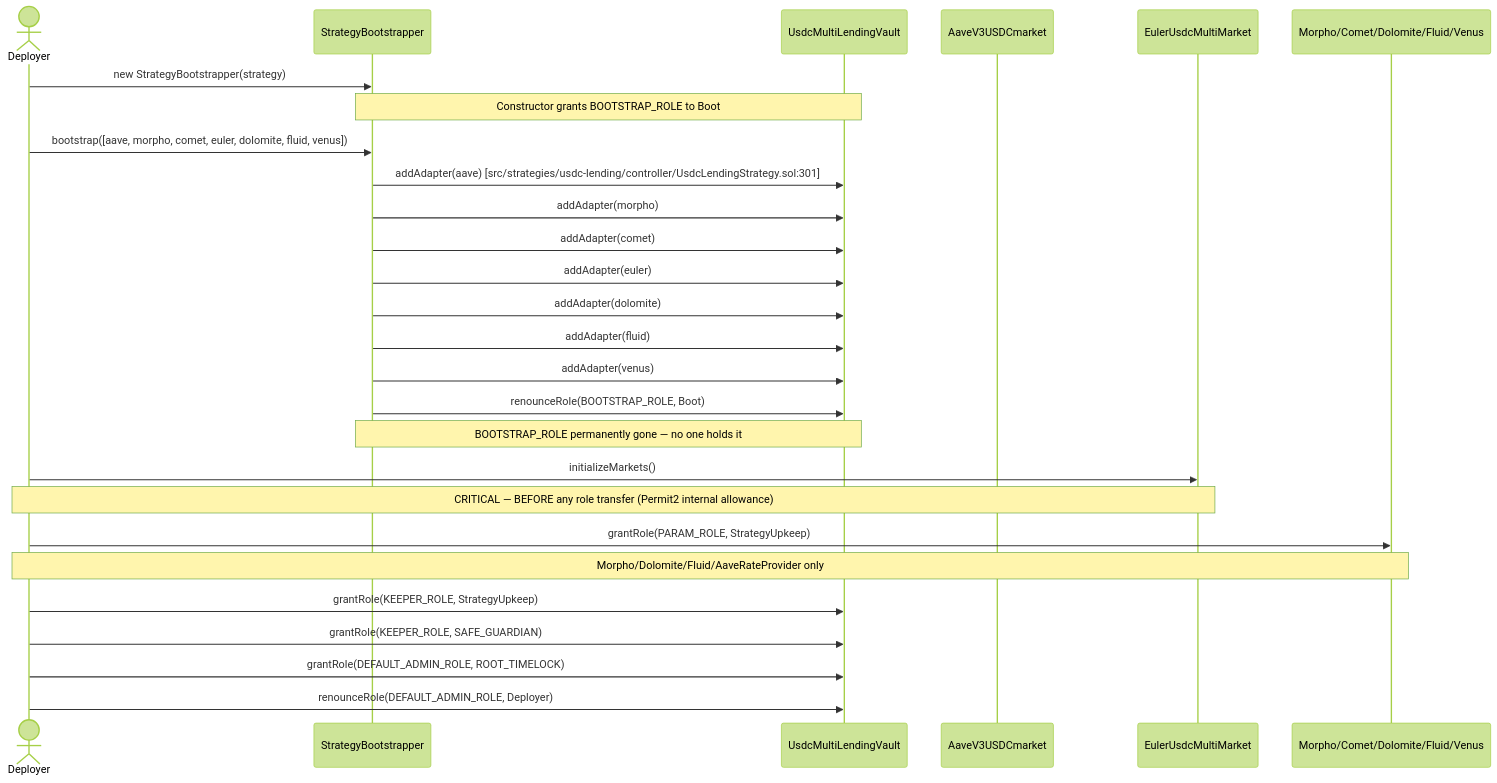
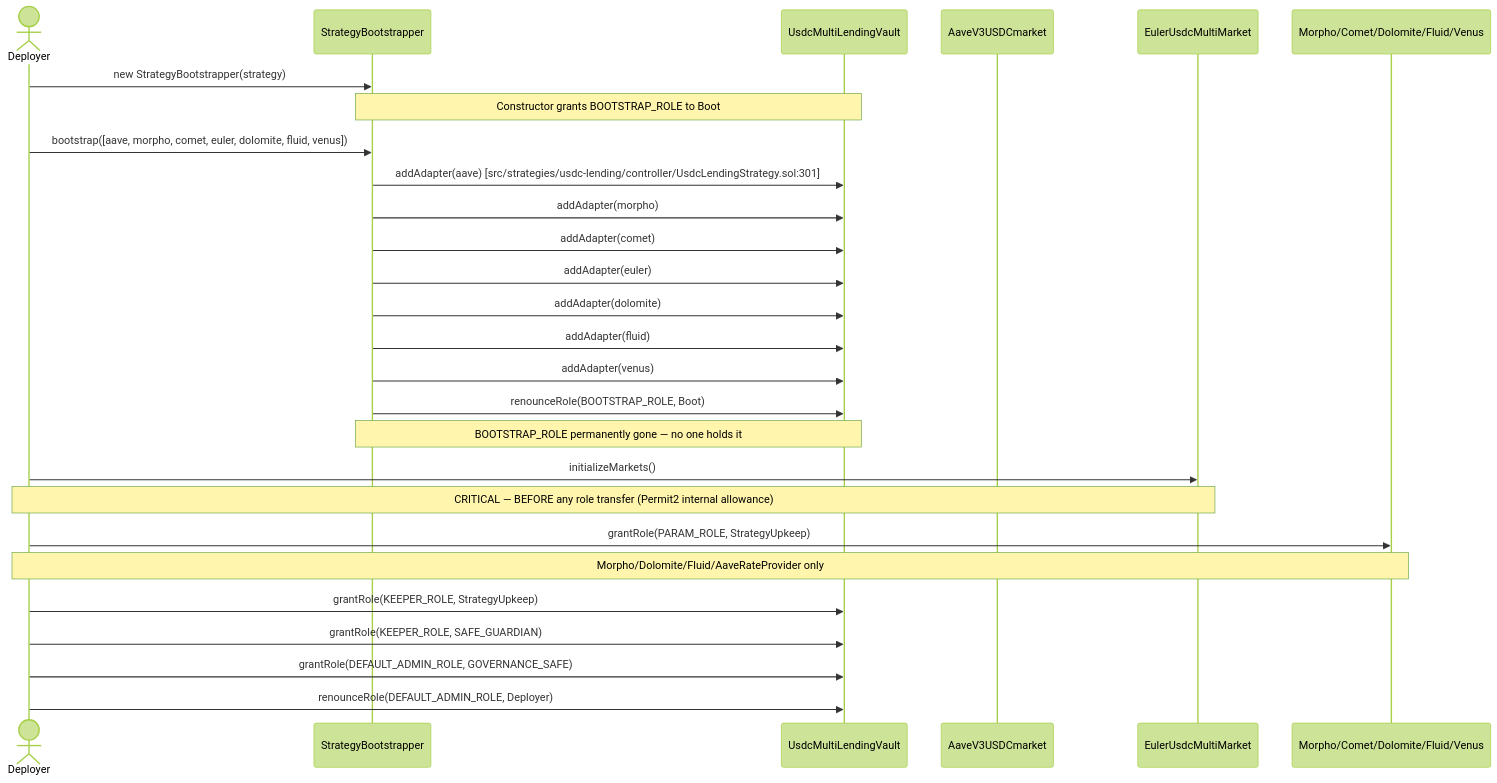
Before and after one commit to Multyr/multyr-strategies: the diagram in docs/wiring.md, drawn with Mermaid (forest theme). The commit also changed other lines of this file and 19 other files, not shown here.

````diff
--- a/docs/wiring.md
+++ b/docs/wiring.md
@@ -59,32 +59,32 @@
 ```mermaid
 sequenceDiagram
     actor Deployer
     participant Boot as StrategyBootstrapper
     participant Strat as UsdcMultiLendingVault
     participant Aave as AaveV3USDCmarket
     participant Euler as EulerUsdcMultiMarket
     participant Others as Morpho/Comet/Dolomite/Fluid/Venus
 
     Deployer->>Boot: new StrategyBootstrapper(strategy)
     Note over Boot,Strat: Constructor grants BOOTSTRAP_ROLE to Boot
     Deployer->>Boot: bootstrap([aave, morpho, comet, euler, dolomite, fluid, venus])
     Boot->>Strat: addAdapter(aave)  [src/strategies/usdc-lending/controller/UsdcLendingStrategy.sol:301]
     Boot->>Strat: addAdapter(morpho)
     Boot->>Strat: addAdapter(comet)
     Boot->>Strat: addAdapter(euler)
     Boot->>Strat: addAdapter(dolomite)
     Boot->>Strat: addAdapter(fluid)
     Boot->>Strat: addAdapter(venus)
     Boot->>Strat: renounceRole(BOOTSTRAP_ROLE, Boot)
     Note over Boot,Strat: BOOTSTRAP_ROLE permanently gone — no one holds it
 
     Deployer->>Euler: initializeMarkets()
     Note over Deployer,Euler: CRITICAL — BEFORE any role transfer (Permit2 internal allowance)
 
     Deployer->>Others: grantRole(PARAM_ROLE, StrategyUpkeep)
     Note over Deployer,Others: Morpho/Dolomite/Fluid/AaveRateProvider only
     Deployer->>Strat: grantRole(KEEPER_ROLE, StrategyUpkeep)
     Deployer->>Strat: grantRole(KEEPER_ROLE, SAFE_GUARDIAN)
-    Deployer->>Strat: grantRole(DEFAULT_ADMIN_ROLE, ROOT_TIMELOCK)
+    Deployer->>Strat: grantRole(DEFAULT_ADMIN_ROLE, GOVERNANCE_SAFE)
     Deployer->>Strat: renounceRole(DEFAULT_ADMIN_ROLE, Deployer)
 ```
````
